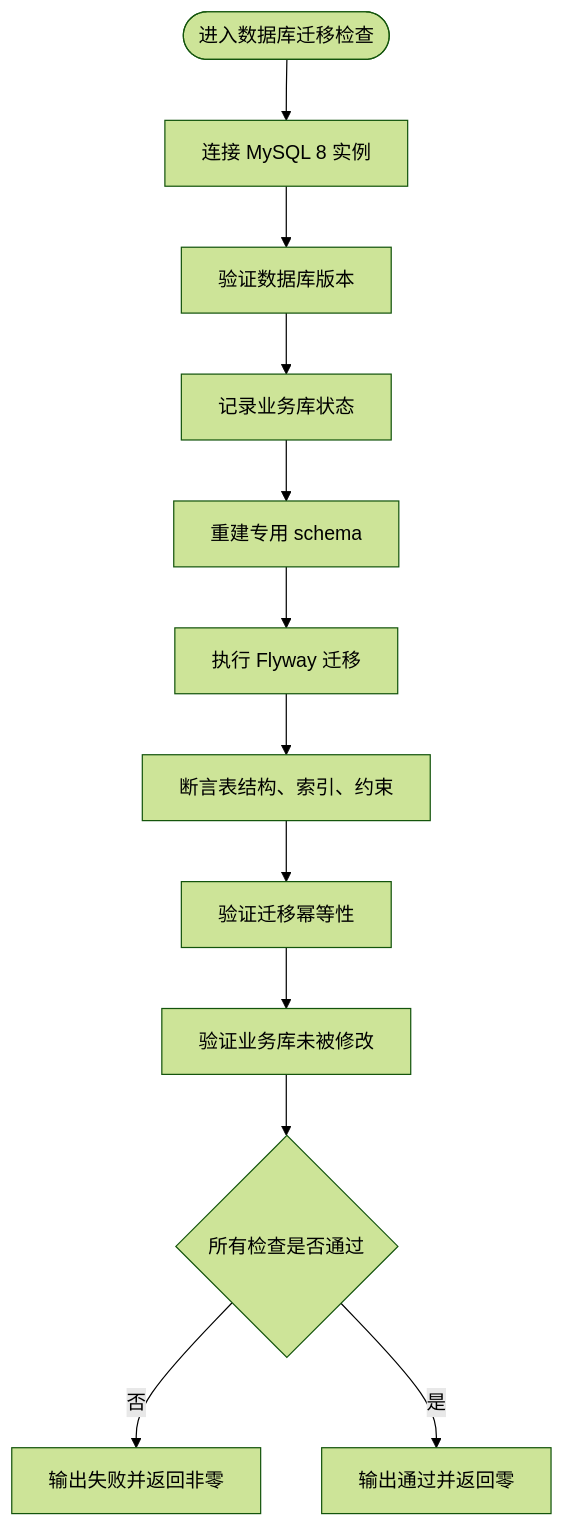
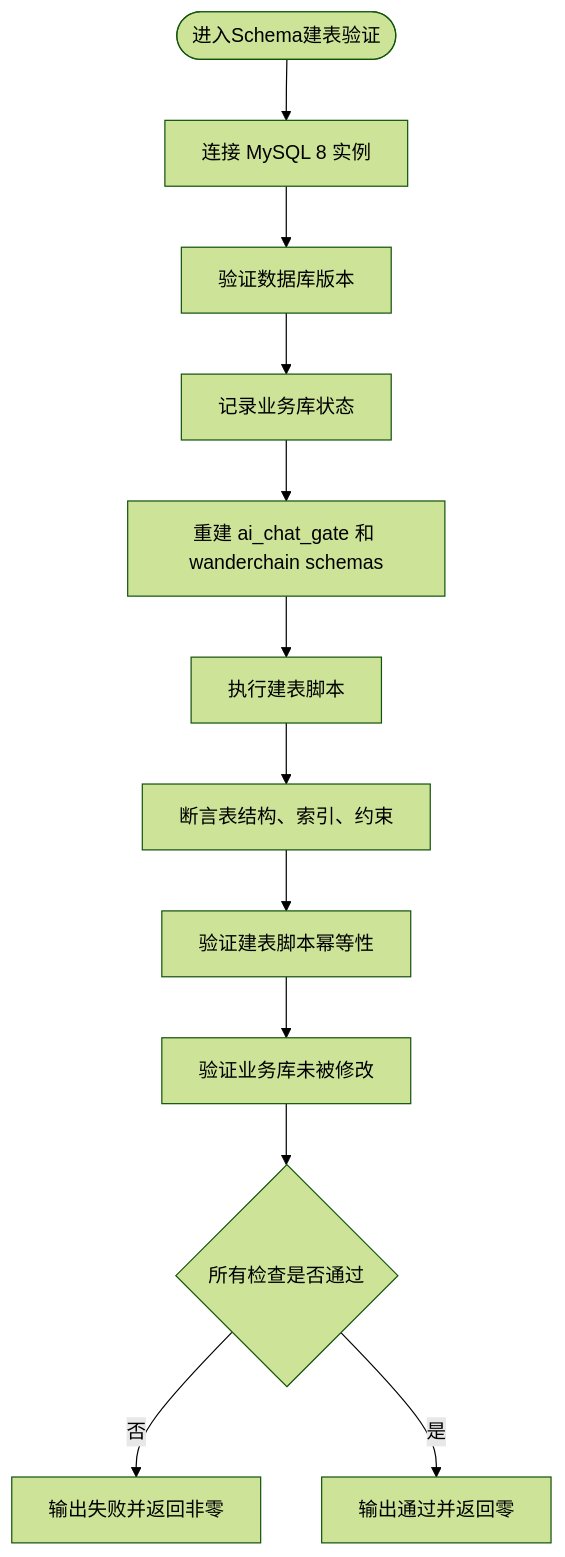
The ninth of 13 diagrams in .qoder/repowiki/zh/content/自动化验证/自动化验证.md (luyitiger6/my-first-project), drawn with Mermaid (forest theme) before and after one commit. The commit also changed other lines of this file and 42 other files, not shown here.

````diff
--- a/.qoder/repowiki/zh/content/自动化验证/自动化验证.md
+++ b/.qoder/repowiki/zh/content/自动化验证/自动化验证.md
@@ -449,14 +472,14 @@
 ```mermaid
 flowchart TD
-Start(["进入数据库迁移检查"]) --> ConnectDB["连接 MySQL 8 实例"]
+Start(["进入Schema建表验证"]) --> ConnectDB["连接 MySQL 8 实例"]
 ConnectDB --> VersionCheck["验证数据库版本"]
 VersionCheck --> BusinessBefore["记录业务库状态"]
-BusinessBefore --> RecreateSchema["重建专用 schema"]
-RecreateSchema --> RunFlyway["执行 Flyway 迁移"]
-RunFlyway --> StructureAssert["断言表结构、索引、约束"]
-StructureAssert --> IdempotencyCheck["验证迁移幂等性"]
+BusinessBefore --> RecreateSchemas["重建 ai_chat_gate 和 wanderchain schemas"]
+RecreateSchemas --> ExecuteScripts["执行建表脚本"]
+ExecuteScripts --> StructureAssert["断言表结构、索引、约束"]
+StructureAssert --> IdempotencyCheck["验证建表脚本幂等性"]
 IdempotencyCheck --> BusinessAfter["验证业务库未被修改"]
 BusinessAfter --> AllPassed{"所有检查是否通过"}
 AllPassed --> |否| Fail["输出失败并返回非零"]
 AllPassed --> |是| Pass["输出通过并返回零"]
 ```
````
